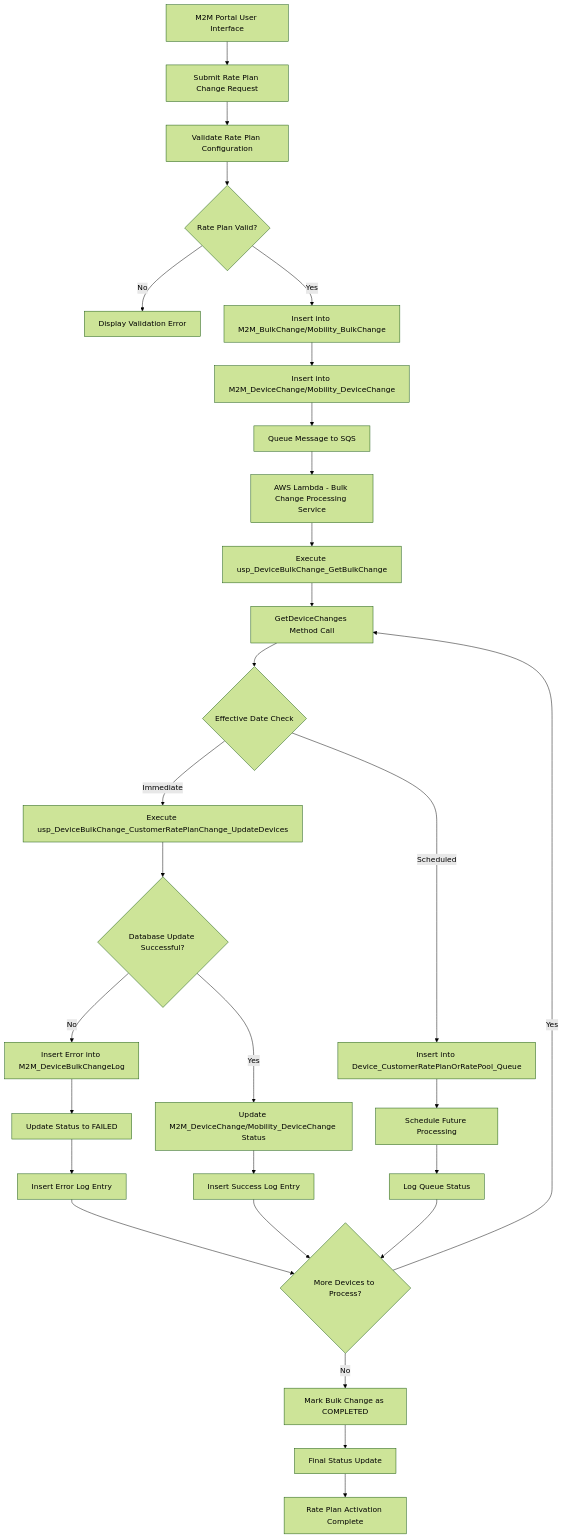
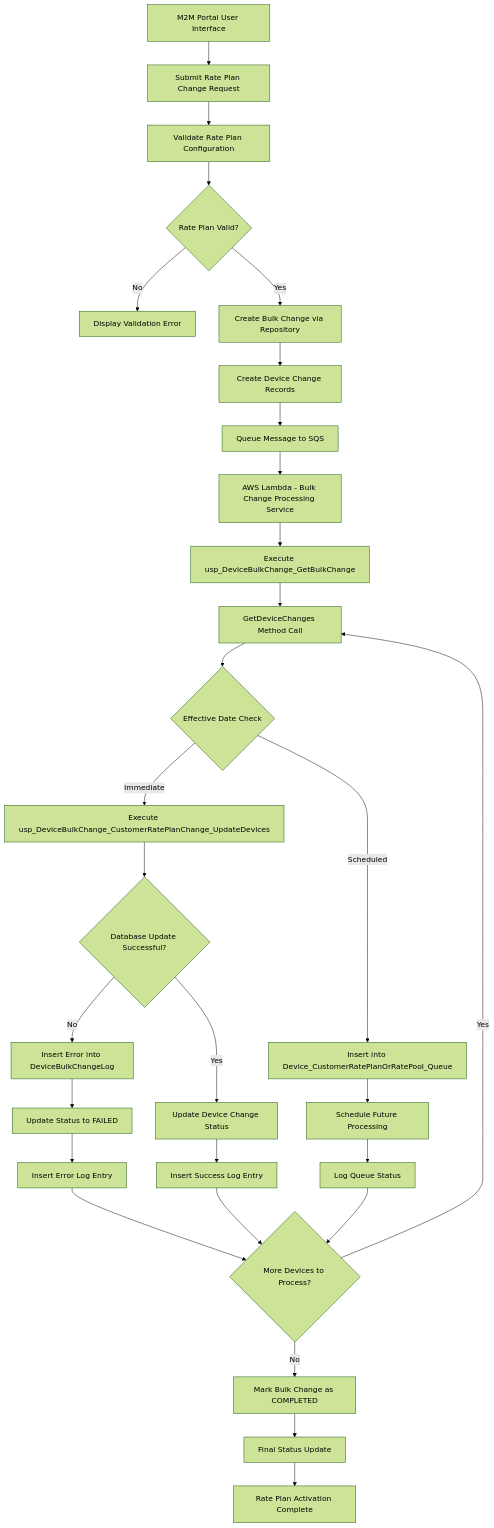
One commit to hemalathapampana/BulkChange changed the diagram in Verizon_ThingSpace_CustomerRatePlan_DataFlow_Accurate.md. Above: the diagram before and after it, drawn with Mermaid (forest theme). The commit also changed other lines of this file, not shown here.

Commit message:
Refactor bulk change processing to use repository pattern and portal-specific logic

````diff
--- a/Verizon_ThingSpace_CustomerRatePlan_DataFlow_Accurate.md
+++ b/Verizon_ThingSpace_CustomerRatePlan_DataFlow_Accurate.md
@@ -180,41 +185,41 @@
 ```mermaid
 graph TD
     A[M2M Portal User Interface] --> B[Submit Rate Plan Change Request]
     B --> C[Validate Rate Plan Configuration]
     C --> D{Rate Plan Valid?}
     
     D -->|No| E[Display Validation Error]
-    D -->|Yes| F[Insert into M2M_BulkChange/Mobility_BulkChange]
+    D -->|Yes| F[Create Bulk Change via Repository]
     
-    F --> G[Insert into M2M_DeviceChange/Mobility_DeviceChange]
+    F --> G[Create Device Change Records]
     G --> H[Queue Message to SQS]
     H --> I[AWS Lambda - Bulk Change Processing Service]
     
     I --> J[Execute usp_DeviceBulkChange_GetBulkChange]
     J --> K[GetDeviceChanges Method Call]
     K --> L{Effective Date Check}
     
     L -->|Immediate| M[Execute usp_DeviceBulkChange_CustomerRatePlanChange_UpdateDevices]
     L -->|Scheduled| N[Insert into Device_CustomerRatePlanOrRatePool_Queue]
     
     M --> O{Database Update Successful?}
     N --> P[Schedule Future Processing]
     
-    O -->|No| Q[Insert Error into M2M_DeviceBulkChangeLog]
-    O -->|Yes| R[Update M2M_DeviceChange/Mobility_DeviceChange Status]
+    O -->|No| Q[Insert Error into DeviceBulkChangeLog]
+    O -->|Yes| R[Update Device Change Status]
     
     Q --> S[Update Status to FAILED]
     R --> T[Insert Success Log Entry]
     P --> U[Log Queue Status]
     
     S --> V[Insert Error Log Entry]
     T --> W{More Devices to Process?}
     U --> W
     V --> W
     
     W -->|Yes| K
     W -->|No| X[Mark Bulk Change as COMPLETED]
     
     X --> Y[Final Status Update]
     Y --> Z[Rate Plan Activation Complete]
 ```
````
